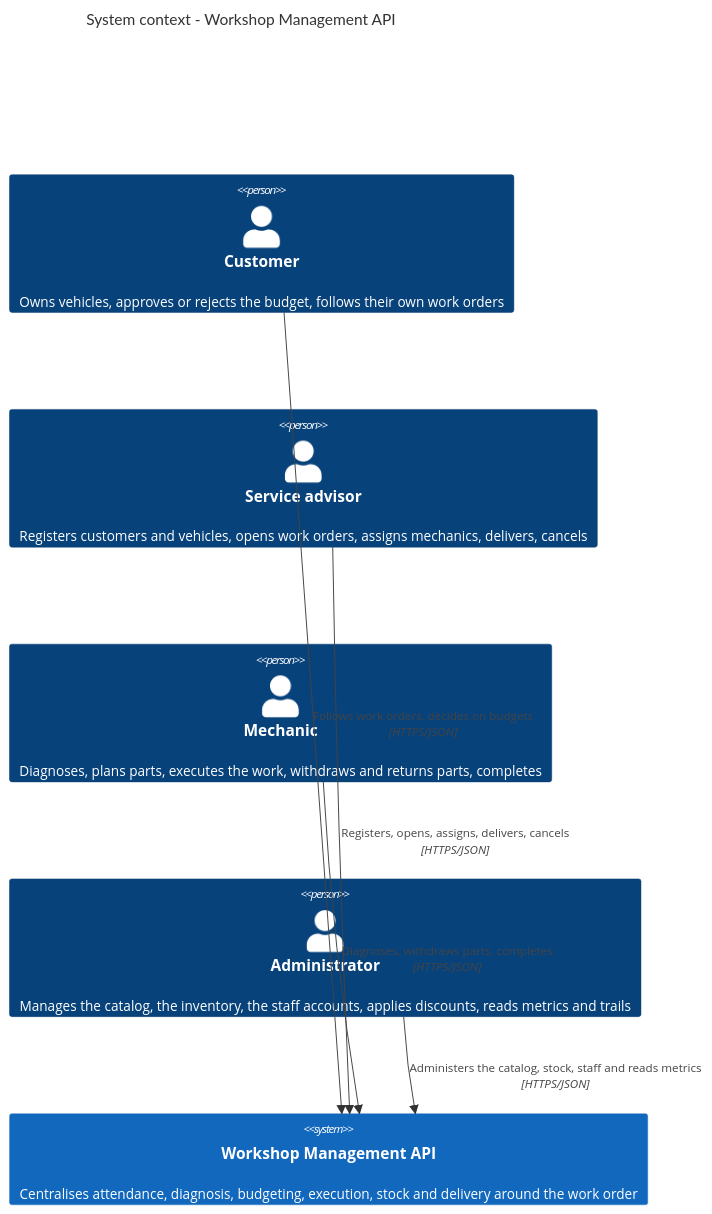
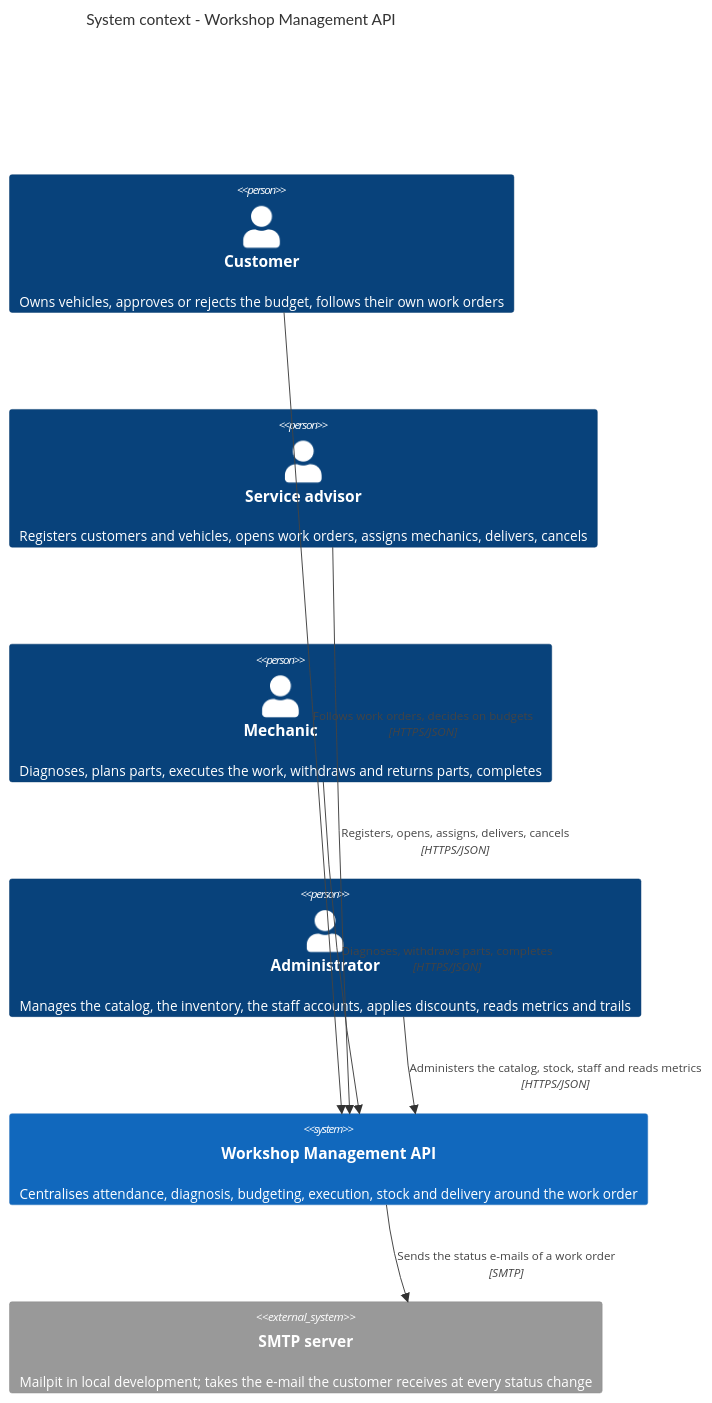
The diagram in docs/architecture/c4-system-context.mmd (kewincosta/tech-challenge-fiap), drawn with Mermaid before and after one commit. The commit also changed 9 other files, not shown here.

Commit message:
docs: describe the budget links, the status e-mails and the settings

```diff
--- a/docs/architecture/c4-system-context.mmd
+++ b/docs/architecture/c4-system-context.mmd
@@ -1,20 +1,22 @@
 %% C4 level 1, system context - Workshop Management API
-%% Four business actors and one system. No external system: this MVP integrates with no
-%% payment provider, no notification channel and no supplier. See architecture-overview.md.
+%% Four business actors and one system. One external system, an SMTP server that takes the status
+%% e-mails. This MVP integrates with no payment provider and no supplier. See architecture-overview.md.
 
 C4Context
   title System context - Workshop Management API
 
   Person(customer, "Customer", "Owns vehicles, approves or rejects the budget, follows their own work orders")
   Person(advisor, "Service advisor", "Registers customers and vehicles, opens work orders, assigns mechanics, delivers, cancels")
   Person(mechanic, "Mechanic", "Diagnoses, plans parts, executes the work, withdraws and returns parts, completes")
   Person(admin, "Administrator", "Manages the catalog, the inventory, the staff accounts, applies discounts, reads metrics and trails")
 
   System(api, "Workshop Management API", "Centralises attendance, diagnosis, budgeting, execution, stock and delivery around the work order")
+  System_Ext(mail, "SMTP server", "Mailpit in local development; takes the e-mail the customer receives at every status change")
 
   Rel(customer, api, "Follows work orders, decides on budgets", "HTTPS/JSON")
   Rel(advisor, api, "Registers, opens, assigns, delivers, cancels", "HTTPS/JSON")
   Rel(mechanic, api, "Diagnoses, withdraws parts, completes", "HTTPS/JSON")
   Rel(admin, api, "Administers the catalog, stock, staff and reads metrics", "HTTPS/JSON")
+  Rel(api, mail, "Sends the status e-mails of a work order", "SMTP")
 
   UpdateLayoutConfig($c4ShapeInRow="2", $c4BoundaryInRow="1")
```
